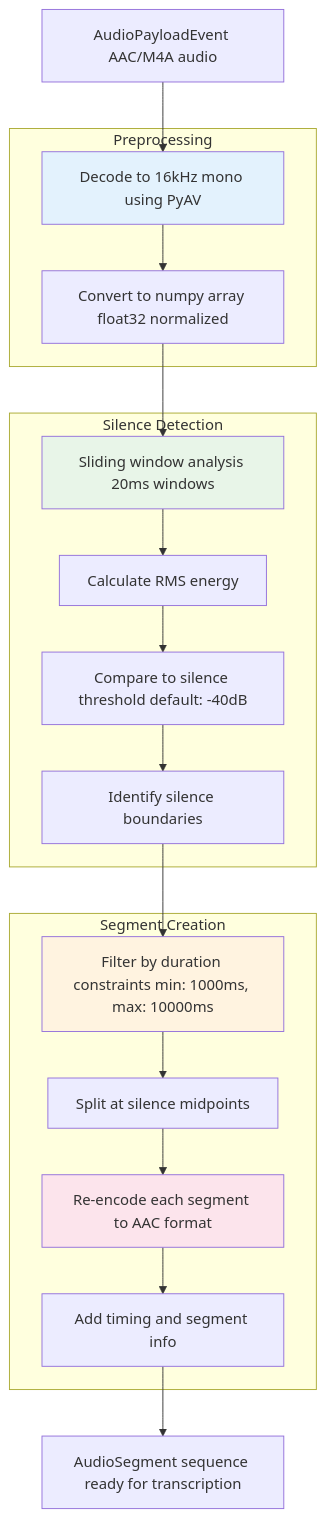
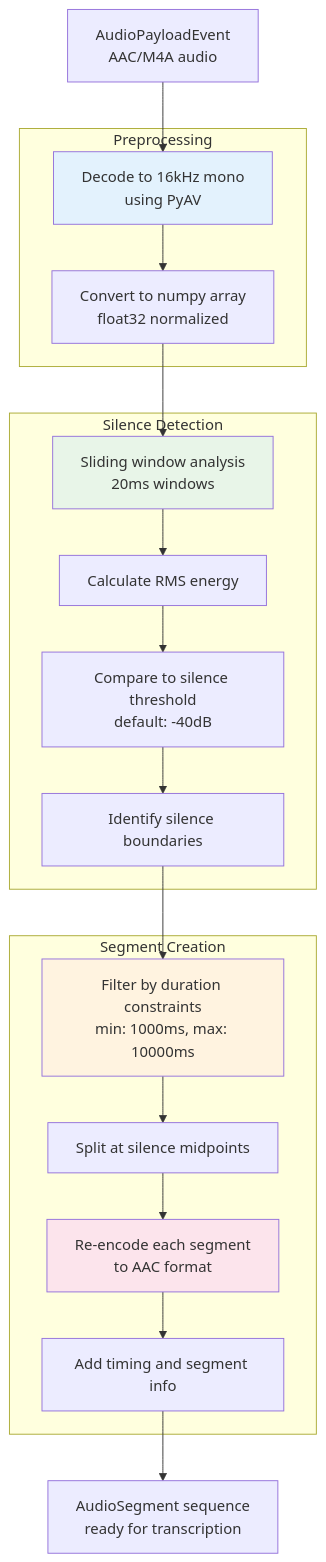
Before and after one commit to bradsjm/broadcastify-calls: the fifth of 8 diagrams in README.md, drawn with Mermaid. The commit also changed other lines of this file, not shown here.

````diff
--- a/README.md
+++ b/README.md
@@ -578,42 +578,42 @@
 ```mermaid
 flowchart TD
-    INPUT[AudioPayloadEvent AAC/M4A audio]
+    INPUT[AudioPayloadEvent<br/>AAC/M4A audio]
 
     subgraph "Preprocessing"
-        DECODE[Decode to 16kHz mono using PyAV]
-        CONVERT[Convert to numpy array float32 normalized]
+        DECODE[Decode to 16kHz mono<br/>using PyAV]
+        CONVERT[Convert to numpy array<br/>float32 normalized]
     end
 
     subgraph "Silence Detection"
-        WINDOW[Sliding window analysis 20ms windows]
+        WINDOW[Sliding window analysis<br/>20ms windows]
         RMS[Calculate RMS energy]
-        THRESHOLD[Compare to silence threshold default: -40dB]
+        THRESHOLD[Compare to silence threshold<br/>default: -40dB]
         BOUNDARY[Identify silence boundaries]
     end
 
     subgraph "Segment Creation"
-        FILTER[Filter by duration constraints min: 1000ms, max: 10000ms]
+        FILTER[Filter by duration constraints<br/>min: 1000ms, max: 10000ms]
         SPLIT[Split at silence midpoints]
-        ENCODE[Re-encode each segment to AAC format]
+        ENCODE[Re-encode each segment<br/>to AAC format]
         METADATA[Add timing and segment info]
     end
 
-    OUTPUT[AudioSegment sequence ready for transcription]
+    OUTPUT[AudioSegment sequence<br/>ready for transcription]
 
     INPUT --> DECODE
     DECODE --> CONVERT
     CONVERT --> WINDOW
     WINDOW --> RMS
     RMS --> THRESHOLD
     THRESHOLD --> BOUNDARY
     BOUNDARY --> FILTER
     FILTER --> SPLIT
     SPLIT --> ENCODE
     ENCODE --> METADATA
     METADATA --> OUTPUT
 
     style DECODE fill:#e3f2fd
     style WINDOW fill:#e8f5e8
     style FILTER fill:#fff3e0
     style ENCODE fill:#fce4ec
 ```
````
